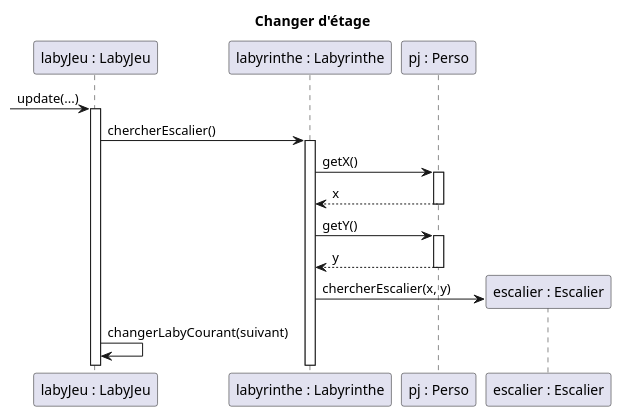
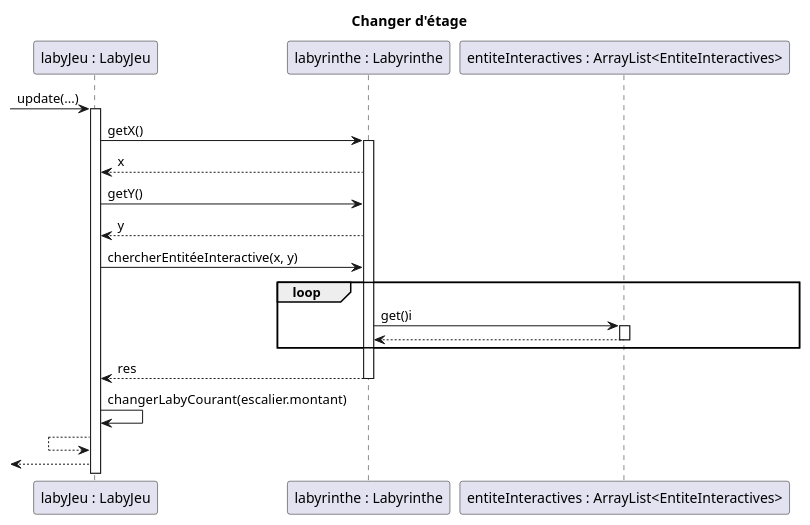
The diagram in zeldiablo/documents/version_3/diagseq_changerEtage.puml (celie-ponroy/2023_S2.01_Zeldiablo_ponroy_roth_prykhodko_bortolotti), drawn with PlantUML before and after one commit.

Commit message:
modif diagramme

```diff
--- a/zeldiablo/documents/version_3/diagseq_changerEtage.puml
+++ b/zeldiablo/documents/version_3/diagseq_changerEtage.puml
@@ -1,37 +1,45 @@
 @startuml
 title Changer d'étage
 
 
 participant "labyJeu : LabyJeu" as labyj
 participant "labyrinthe : Labyrinthe" as labyrinthe
-participant "pj : Perso" as pj
-participant "escalier : Escalier" as escalier
+participant  "entiteInteractives : ArrayList<EntiteInteractives>" as ei
+
 
 
 -> labyj : update(...)
 activate labyj
 
-labyj -> labyrinthe : chercherEscalier()
-activate labyrinthe
-
-labyrinthe -> pj : getX()
-activate pj
-labyrinthe <-- pj : x
-deactivate pj
-
-labyrinthe -> pj : getY()
-activate pj
-labyrinthe <-- pj : y
-deactivate pj
 
 
-create escalier
-labyrinthe -> escalier : chercherEscalier(x, y)
 
-labyj -> labyj : changerLabyCourant(suivant)
+labyj -> labyrinthe : getX()
+activate labyrinthe
+labyj <-- labyrinthe : x
+labyj -> labyrinthe : getY()
+labyj <-- labyrinthe : y
+
+labyj -> labyrinthe : chercherEntitéeInteractive(x, y)
+loop
+
+labyrinthe -> ei : get()i
+activate ei
+labyrinthe <-- ei :
+deactivate ei
+end loop
+labyj <-- labyrinthe : res
+deactivate labyrinthe
+
+
+
+
+labyj -> labyj : changerLabyCourant(escalier.montant)
+labyj <-- labyj
+<-- labyj
 
 
 
 
 
 @enduml
```
